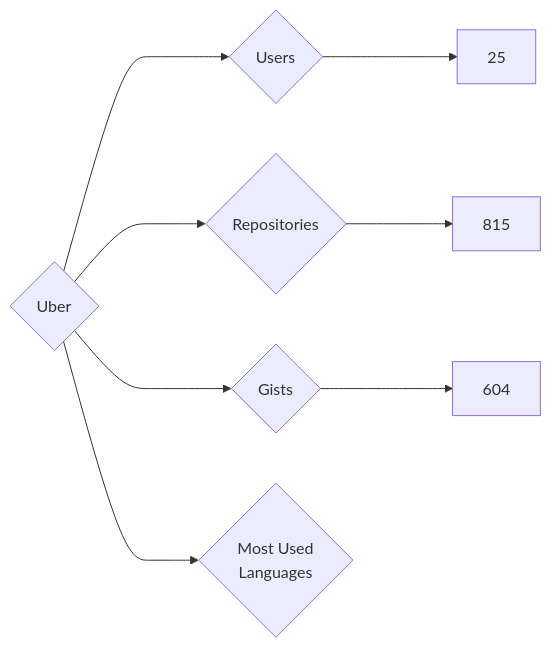
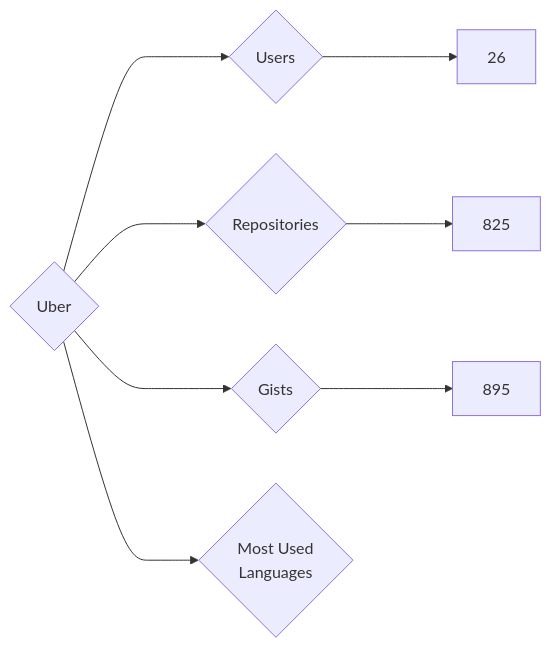
Before and after one commit to nenadzaric/insiders: the diagram in targets/Uber/README.md, drawn with Mermaid. The commit also changed 1342 other files, not shown here.

````diff
--- a/targets/Uber/README.md
+++ b/targets/Uber/README.md
@@ -3,8 +3,8 @@
 ```mermaid
 graph LR
 COMPANY_NAME{Uber}
-COMPANY_NAME ---> U{Users} ---> UN[25]
-COMPANY_NAME ---> R{Repositories} ---> RN[815]
-COMPANY_NAME ---> G{Gists} ---> GN[604]
+COMPANY_NAME ---> U{Users} ---> UN[26]
+COMPANY_NAME ---> R{Repositories} ---> RN[825]
+COMPANY_NAME ---> G{Gists} ---> GN[895]
 COMPANY_NAME ---> ML{Most Used<br>Languages}
 ```
````
